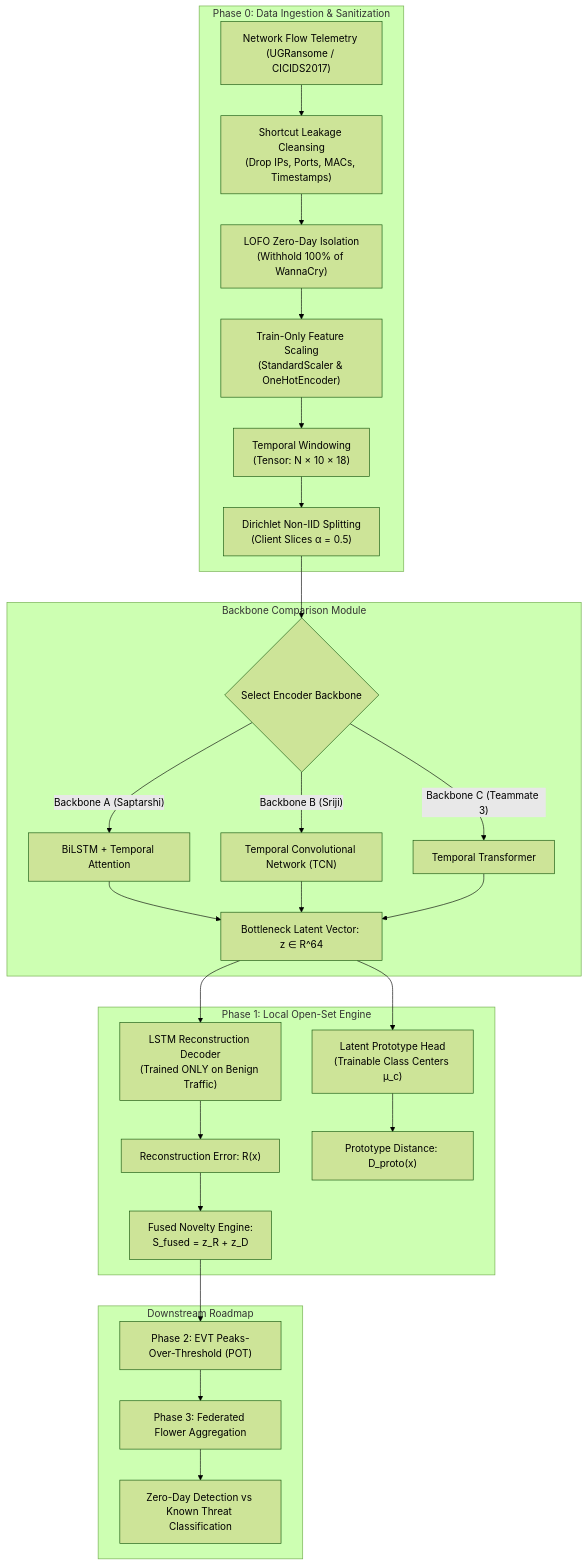
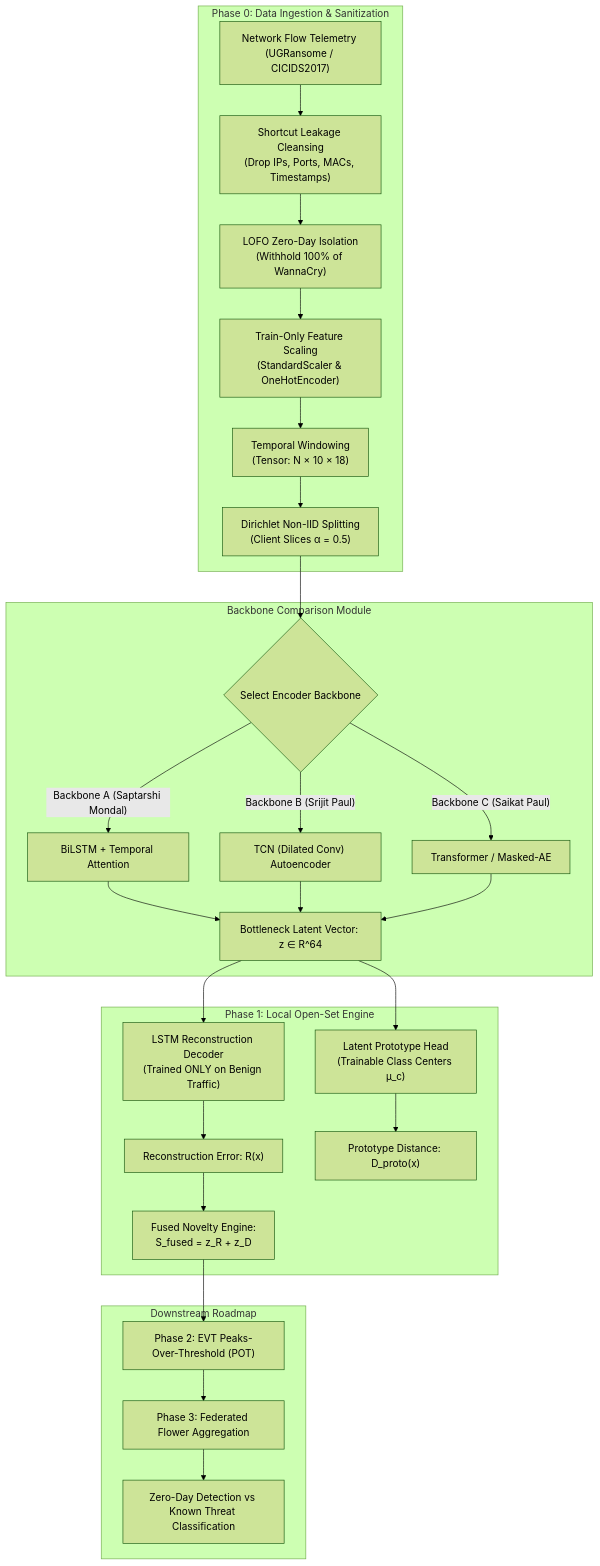
The diagram in README.md (Sap1x/FedEVT-OSAD-Federated-Extreme-Value-Theory-Open-Set-Anomaly-Detection-for-Zero-Day-Cyberattacks), drawn with Mermaid (forest theme) before and after one commit. The commit also changed other lines of this file, not shown here.

Commit message:
Update team member names and backbone assignments (Saptarshi, Srijit, Saikat)

````diff
--- a/README.md
+++ b/README.md
@@ -135,34 +135,34 @@
 ``` mermaid
 flowchart TD
     subgraph Phase 0: Data Ingestion & Sanitization
         A["Network Flow Telemetry (UGRansome / CICIDS2017)"] --> B["Shortcut Leakage Cleansing\n(Drop IPs, Ports, MACs, Timestamps)"]
         B --> C["LOFO Zero-Day Isolation\n(Withhold 100% of WannaCry)"]
         C --> D["Train-Only Feature Scaling\n(StandardScaler & OneHotEncoder)"]
         D --> E["Temporal Windowing\n(Tensor: N × 10 × 18)"]
         E --> F["Dirichlet Non-IID Splitting\n(Client Slices α = 0.5)"]
     end
 
     subgraph Backbone Comparison Module
         F --> G{"Select Encoder Backbone"}
-        G -->|"Backbone A (Saptarshi)"| H1["BiLSTM + Temporal Attention"]
-        G -->|"Backbone B (Sriji)"| H2["Temporal Convolutional Network (TCN)"]
-        G -->|"Backbone C (Teammate 3)"| H3["Temporal Transformer"]
+        G -->|"Backbone A (Saptarshi Mondal)"| H1["BiLSTM + Temporal Attention"]
+        G -->|"Backbone B (Srijit Paul)"| H2["TCN (Dilated Conv) Autoencoder"]
+        G -->|"Backbone C (Saikat Paul)"| H3["Transformer / Masked-AE"]
         H1 --> I["Bottleneck Latent Vector: z ∈ R^64"]
         H2 --> I
         H3 --> I
     end
 
     subgraph Phase 1: Local Open-Set Engine
         I --> J["LSTM Reconstruction Decoder\n(Trained ONLY on Benign Traffic)"]
         I --> K["Latent Prototype Head\n(Trainable Class Centers μ_c)"]
         J --> L["Reconstruction Error: R(x)"]
         K --> M["Prototype Distance: D_proto(x)"]
         L --> N["Fused Novelty Engine:\nS_fused = z_R + z_D"]
     end
 
     subgraph Downstream Roadmap
         N --> O["Phase 2: EVT Peaks-Over-Threshold (POT)"]
         O --> P["Phase 3: Federated Flower Aggregation"]
         P --> Q["Zero-Day Detection vs Known Threat Classification"]
     end
 ```
````
